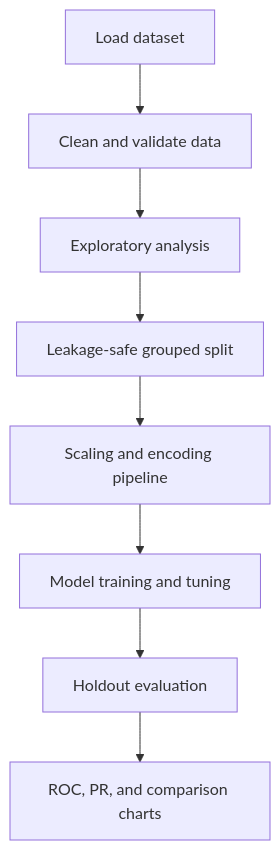
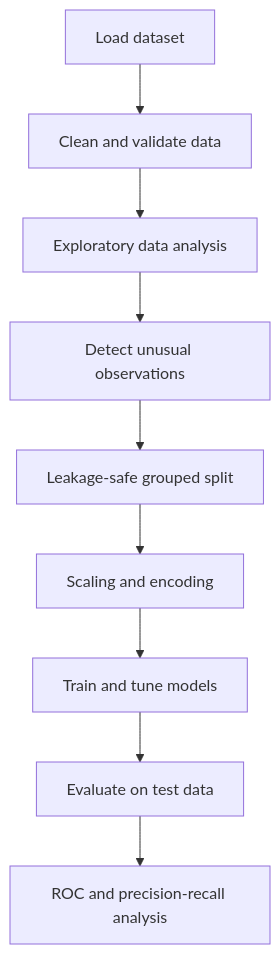
One commit to Marwanelsaba/Diabetes-Prediction-ML changed the diagram in README.md. Above: the diagram before and after it, drawn with Mermaid. The commit also changed other lines of this file, not shown here.

````diff
--- a/README.md
+++ b/README.md
@@ -80,10 +96,11 @@
 ```mermaid
 flowchart TD
     A[Load dataset] --> B[Clean and validate data]
-    B --> C[Exploratory analysis]
-    C --> D[Leakage-safe grouped split]
-    D --> E[Scaling and encoding pipeline]
-    E --> F[Model training and tuning]
-    F --> G[Holdout evaluation]
-    G --> H[ROC, PR, and comparison charts]
+    B --> C[Exploratory data analysis]
+    C --> D[Detect unusual observations]
+    D --> E[Leakage-safe grouped split]
+    E --> F[Scaling and encoding]
+    F --> G[Train and tune models]
+    G --> H[Evaluate on test data]
+    H --> I[ROC and precision-recall analysis]
 ```
````
